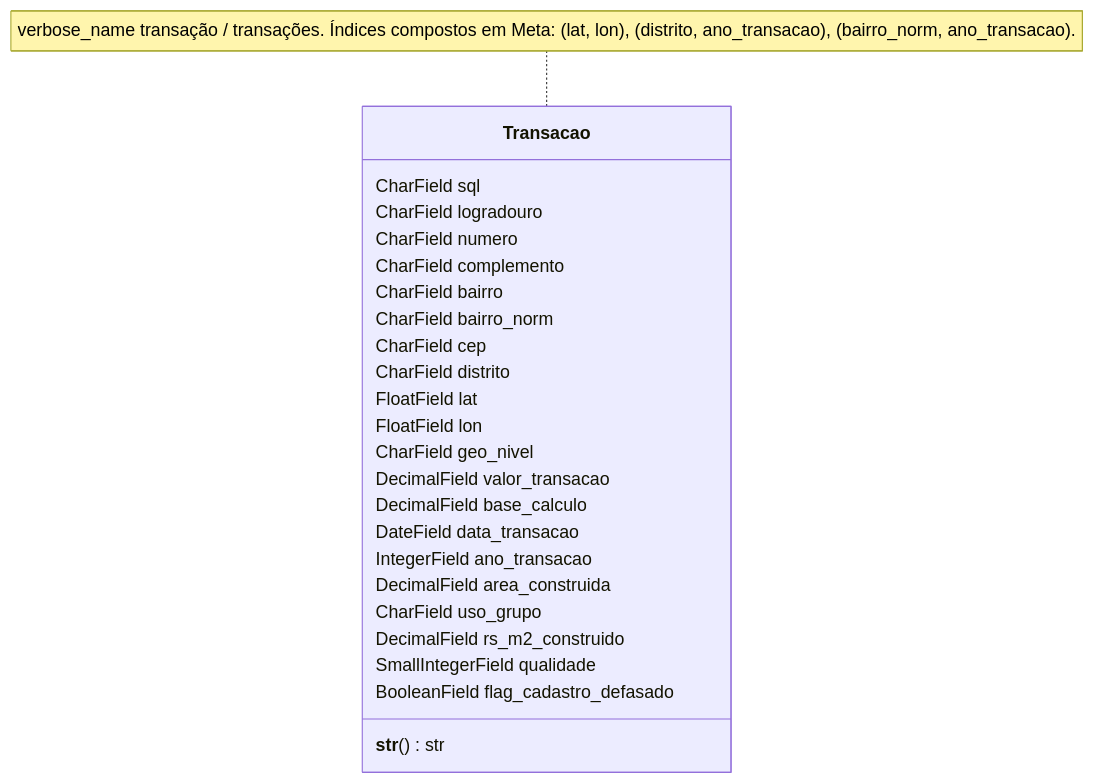
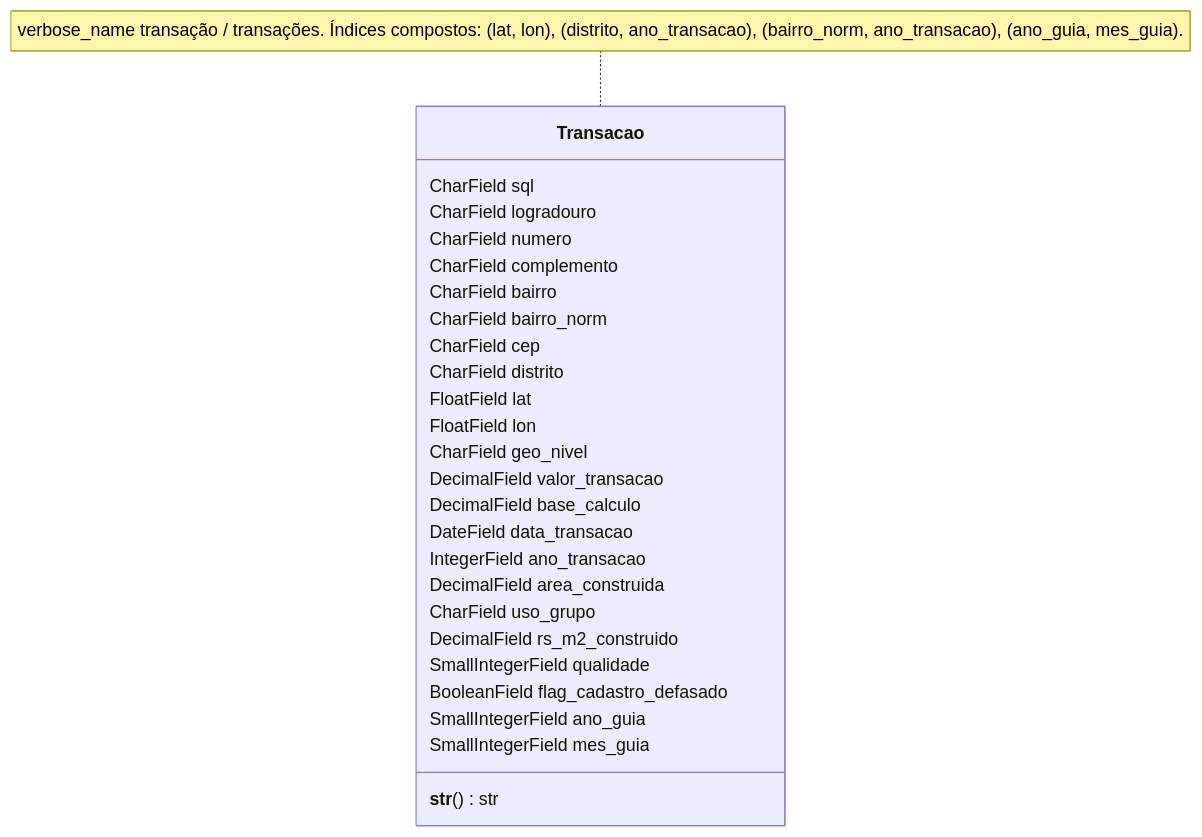
The sixth of 6 diagrams in docs/modelo-transacao.md (patrick-univesp/projeto-integrador-2-radarmoradiasp), drawn with Mermaid before and after one commit. The commit also changed other lines of this file and 15 other files, not shown here.

````diff
--- a/docs/modelo-transacao.md
+++ b/docs/modelo-transacao.md
@@ -221,27 +226,29 @@
 ```mermaid
 classDiagram
     class Transacao {
         CharField sql
         CharField logradouro
         CharField numero
         CharField complemento
         CharField bairro
         CharField bairro_norm
         CharField cep
         CharField distrito
         FloatField lat
         FloatField lon
         CharField geo_nivel
         DecimalField valor_transacao
         DecimalField base_calculo
         DateField data_transacao
         IntegerField ano_transacao
         DecimalField area_construida
         CharField uso_grupo
         DecimalField rs_m2_construido
         SmallIntegerField qualidade
         BooleanField flag_cadastro_defasado
+        SmallIntegerField ano_guia
+        SmallIntegerField mes_guia
         __str__() str
     }
-    note for Transacao "verbose_name transação / transações. Índices compostos em Meta: (lat, lon), (distrito, ano_transacao), (bairro_norm, ano_transacao)."
+    note for Transacao "verbose_name transação / transações. Índices compostos: (lat, lon), (distrito, ano_transacao), (bairro_norm, ano_transacao), (ano_guia, mes_guia)."
 ```
````
